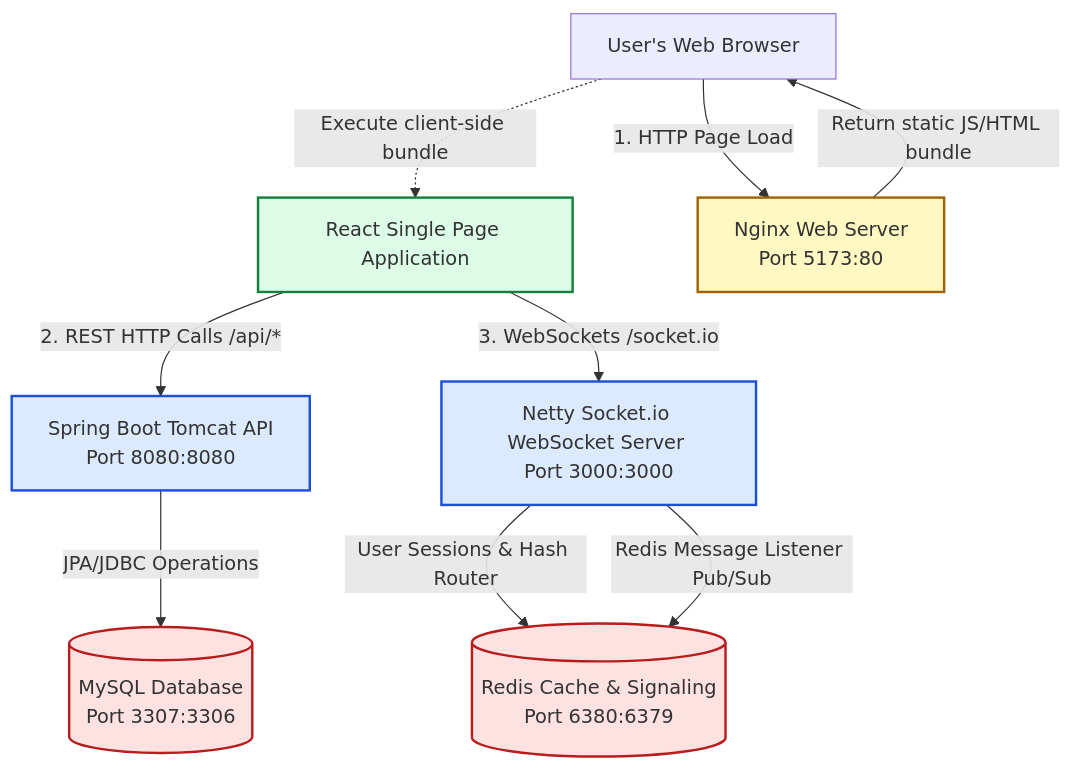
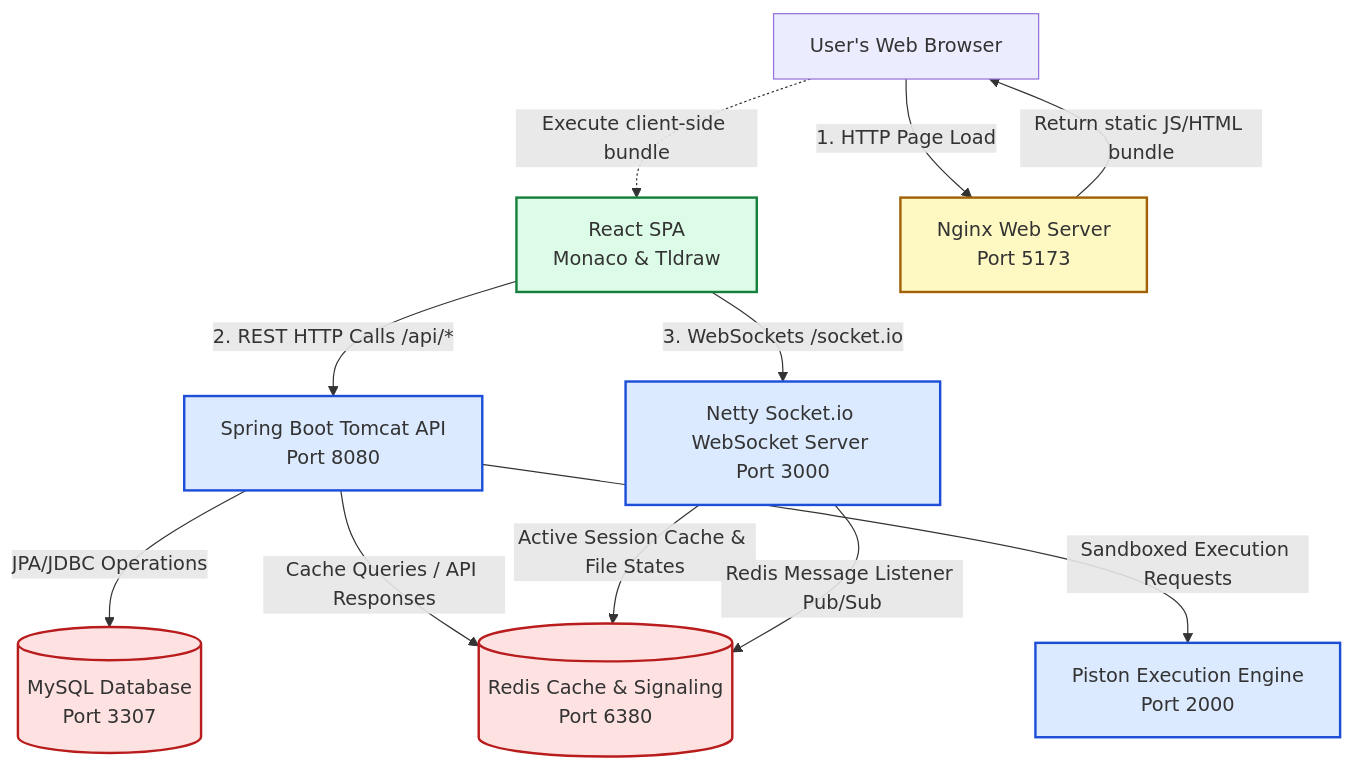
The first of 5 diagrams in README.md (MarlapatiNithesh/code-sync-real-time), drawn with Mermaid before and after one commit. The commit also changed other lines of this file and 44 other files, not shown here.

````diff
--- a/README.md
+++ b/README.md
@@ -22,27 +23,32 @@
 ```mermaid
 graph TD
     classDef client fill:#dcfce7,stroke:#15803d,stroke-width:2px;
     classDef webserver fill:#fef9c3,stroke:#a16207,stroke-width:2px;
     classDef backend fill:#dbeafe,stroke:#1d4ed8,stroke-width:2px;
     classDef datastore fill:#fee2e2,stroke:#b91c1c,stroke-width:2px;
 
     Browser["User's Web Browser"]
     
-    ClientApp[React Single Page Application]:::client
-    Nginx[Nginx Web Server <br>Port 5173:80]:::webserver
-    Tomcat[Spring Boot Tomcat API <br>Port 8080:8080]:::backend
-    SocketServer[Netty Socket.io WebSocket Server <br>Port 3000:3000]:::backend
-    MySQL[(MySQL Database <br>Port 3307:3306)]:::datastore
-    Redis[(Redis Cache & Signaling <br>Port 6380:6379)]:::datastore
+    ClientApp[React SPA <br>Monaco & Tldraw]:::client
+    Nginx[Nginx Web Server <br>Port 5173]:::webserver
+    Tomcat[Spring Boot Tomcat API <br>Port 8080]:::backend
+    SocketServer[Netty Socket.io WebSocket Server <br>Port 3000]:::backend
+    Piston[Piston Execution Engine <br>Port 2000]:::backend
+    
+    MySQL[(MySQL Database <br>Port 3307)]:::datastore
+    Redis[(Redis Cache & Signaling <br>Port 6380)]:::datastore
 
     Browser -->|1. HTTP Page Load| Nginx
     Nginx -->|Return static JS/HTML bundle| Browser
     Browser -.->|Execute client-side bundle| ClientApp
     
     ClientApp -->|2. REST HTTP Calls /api/*| Tomcat
     ClientApp -->|3. WebSockets /socket.io| SocketServer
     
     Tomcat -->|JPA/JDBC Operations| MySQL
-    SocketServer -->|User Sessions & Hash Router| Redis
+    Tomcat -->|Cache Queries / API Responses| Redis
+    Tomcat -->|Sandboxed Execution Requests| Piston
+    
+    SocketServer -->|Active Session Cache & File States| Redis
     SocketServer -->|Redis Message Listener Pub/Sub| Redis
 ```
````
